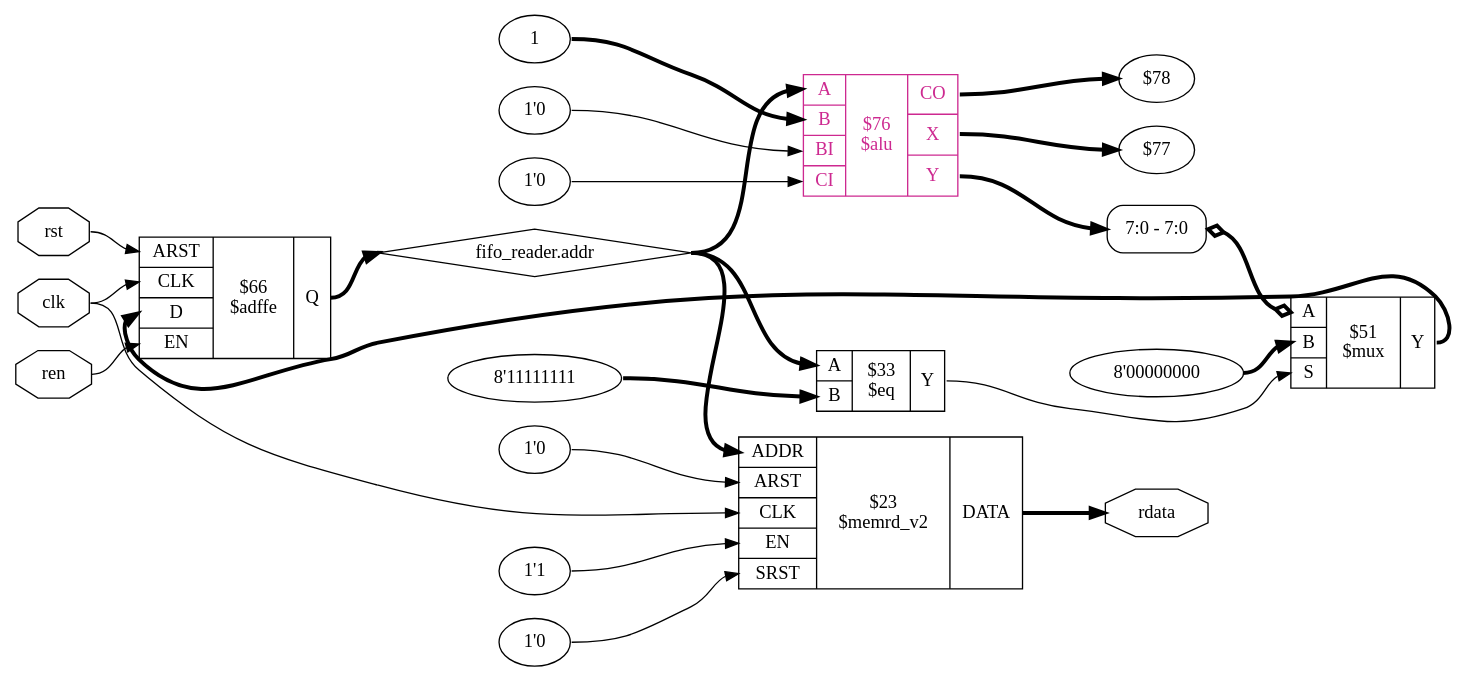
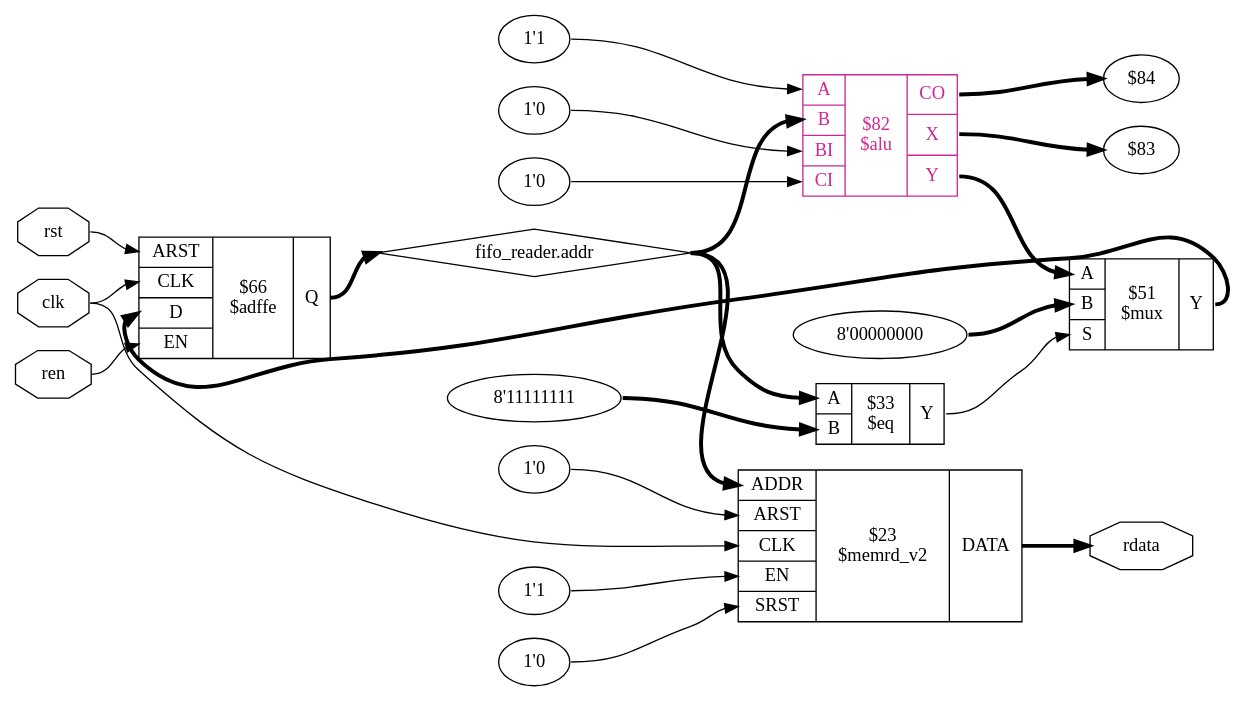
Before and after one commit to YosysHQ-Docs/yosys-cmd-ref: the diagram in source/_images/code_examples/fifo/rdata_alumacc.dot, drawn with Graphviz. The commit also changed 54 other files, not shown here.

```diff
--- a/source/_images/code_examples/fifo/rdata_alumacc.dot
+++ b/source/_images/code_examples/fifo/rdata_alumacc.dot
@@ -1,48 +1,46 @@
 digraph "fifo" {
 rankdir="LR";
 remincross=true;
 n4 [ shape=octagon, label="clk", color="black", fontcolor="black" ];
 n5 [ shape=diamond, label="fifo_reader.addr", color="black", fontcolor="black" ];
 n6 [ shape=octagon, label="rdata", color="black", fontcolor="black" ];
 n7 [ shape=octagon, label="ren", color="black", fontcolor="black" ];
 n8 [ shape=octagon, label="rst", color="black", fontcolor="black" ];
-v0 [ label="$78" ];
-v1 [ label="$77" ];
+c14 [ shape=record, label="{{<p9> ARST|<p10> CLK|<p11> D|<p12> EN}|$66\n$adffe|{<p13> Q}}",  ];
+v0 [ label="$84" ];
+v1 [ label="$83" ];
 v2 [ label="1'0" ];
 v3 [ label="1'0" ];
-v4 [ label="1" ];
-c16 [ shape=record, label="{{<p9> A|<p10> B|<p11> BI|<p12> CI}|$76\n$alu|{<p13> CO|<p14> X|<p15> Y}}", color="maroon3", fontcolor="maroon3" ];
+v4 [ label="1'1" ];
+c22 [ shape=record, label="{{<p15> A|<p16> B|<p17> BI|<p18> CI}|$82\n$alu|{<p19> CO|<p20> X|<p21> Y}}", color="maroon3", fontcolor="maroon3" ];
 v5 [ label="8'11111111" ];
-c17 [ shape=record, label="{{<p9> A|<p10> B}|$33\n$eq|{<p15> Y}}",  ];
-c23 [ shape=record, label="{{<p18> ARST|<p19> CLK|<p20> D|<p21> EN}|$66\n$adffe|{<p22> Q}}",  ];
-v7 [ label="8'00000000" ];
-c25 [ shape=record, label="{{<p9> A|<p10> B|<p24> S}|$51\n$mux|{<p15> Y}}",  ];
-x6 [ shape=record, style=rounded, label="<s0> 7:0 - 7:0 ", color="black", fontcolor="black" ];
-x6:e -> c25:p9:w [arrowhead=odiamond, arrowtail=odiamond, dir=both, color="black", fontcolor="black", style="setlinewidth(3)", label=""];
+c23 [ shape=record, label="{{<p15> A|<p16> B}|$33\n$eq|{<p21> Y}}",  ];
+v6 [ label="8'00000000" ];
+c25 [ shape=record, label="{{<p15> A|<p16> B|<p24> S}|$51\n$mux|{<p21> Y}}",  ];
+v7 [ label="1'0" ];
 v8 [ label="1'0" ];
-v9 [ label="1'0" ];
-v10 [ label="1'1" ];
-c29 [ shape=record, label="{{<p26> ADDR|<p18> ARST|<p19> CLK|<p21> EN|<p27> SRST}|$23\n$memrd_v2|{<p28> DATA}}",  ];
-c16:p15:e -> x6:s0:w [color="black", fontcolor="black", style="setlinewidth(3)", label=""];
-c17:p15:e -> c25:p24:w [color="black", fontcolor="black", label=""];
-c25:p15:e -> c23:p20:w [color="black", fontcolor="black", style="setlinewidth(3)", label=""];
-n4:e -> c23:p19:w [color="black", fontcolor="black", label=""];
-n4:e -> c29:p19:w [color="black", fontcolor="black", label=""];
-c23:p22:e -> n5:w [color="black", fontcolor="black", style="setlinewidth(3)", label=""];
-n5:e -> c16:p9:w [color="black", fontcolor="black", style="setlinewidth(3)", label=""];
-n5:e -> c17:p9:w [color="black", fontcolor="black", style="setlinewidth(3)", label=""];
+v9 [ label="1'1" ];
+c29 [ shape=record, label="{{<p26> ADDR|<p9> ARST|<p10> CLK|<p12> EN|<p27> SRST}|$23\n$memrd_v2|{<p28> DATA}}",  ];
+c22:p21:e -> c25:p15:w [color="black", fontcolor="black", style="setlinewidth(3)", label=""];
+c23:p21:e -> c25:p24:w [color="black", fontcolor="black", label=""];
+c25:p21:e -> c14:p11:w [color="black", fontcolor="black", style="setlinewidth(3)", label=""];
+n4:e -> c14:p10:w [color="black", fontcolor="black", label=""];
+n4:e -> c29:p10:w [color="black", fontcolor="black", label=""];
+c14:p13:e -> n5:w [color="black", fontcolor="black", style="setlinewidth(3)", label=""];
+n5:e -> c22:p16:w [color="black", fontcolor="black", style="setlinewidth(3)", label=""];
+n5:e -> c23:p15:w [color="black", fontcolor="black", style="setlinewidth(3)", label=""];
 n5:e -> c29:p26:w [color="black", fontcolor="black", style="setlinewidth(3)", label=""];
 c29:p28:e -> n6:w [color="black", fontcolor="black", style="setlinewidth(3)", label=""];
-n7:e -> c23:p21:w [color="black", fontcolor="black", label=""];
-n8:e -> c23:p18:w [color="black", fontcolor="black", label=""];
-c16:p13:e -> v0:w [color="black", fontcolor="black", style="setlinewidth(3)", label=""];
-c16:p14:e -> v1:w [color="black", fontcolor="black", style="setlinewidth(3)", label=""];
-v10:e -> c29:p21:w [color="black", fontcolor="black", label=""];
-v2:e -> c16:p11:w [color="black", fontcolor="black", label=""];
-v3:e -> c16:p12:w [color="black", fontcolor="black", label=""];
-v4:e -> c16:p10:w [color="black", fontcolor="black", style="setlinewidth(3)", label=""];
-v5:e -> c17:p10:w [color="black", fontcolor="black", style="setlinewidth(3)", label=""];
-v7:e -> c25:p10:w [color="black", fontcolor="black", style="setlinewidth(3)", label=""];
-v8:e -> c29:p27:w [color="black", fontcolor="black", label=""];
-v9:e -> c29:p18:w [color="black", fontcolor="black", label=""];
+n7:e -> c14:p12:w [color="black", fontcolor="black", label=""];
+n8:e -> c14:p9:w [color="black", fontcolor="black", label=""];
+c22:p19:e -> v0:w [color="black", fontcolor="black", style="setlinewidth(3)", label=""];
+c22:p20:e -> v1:w [color="black", fontcolor="black", style="setlinewidth(3)", label=""];
+v2:e -> c22:p17:w [color="black", fontcolor="black", label=""];
+v3:e -> c22:p18:w [color="black", fontcolor="black", label=""];
+v4:e -> c22:p15:w [color="black", fontcolor="black", label=""];
+v5:e -> c23:p16:w [color="black", fontcolor="black", style="setlinewidth(3)", label=""];
+v6:e -> c25:p16:w [color="black", fontcolor="black", style="setlinewidth(3)", label=""];
+v7:e -> c29:p27:w [color="black", fontcolor="black", label=""];
+v8:e -> c29:p9:w [color="black", fontcolor="black", label=""];
+v9:e -> c29:p12:w [color="black", fontcolor="black", label=""];
 }
```
